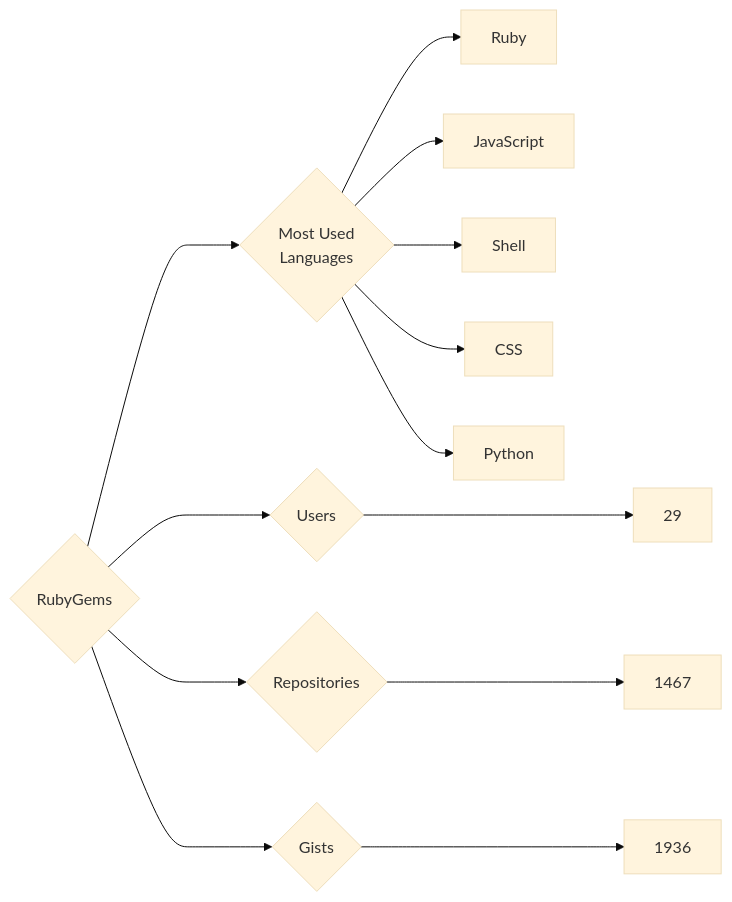
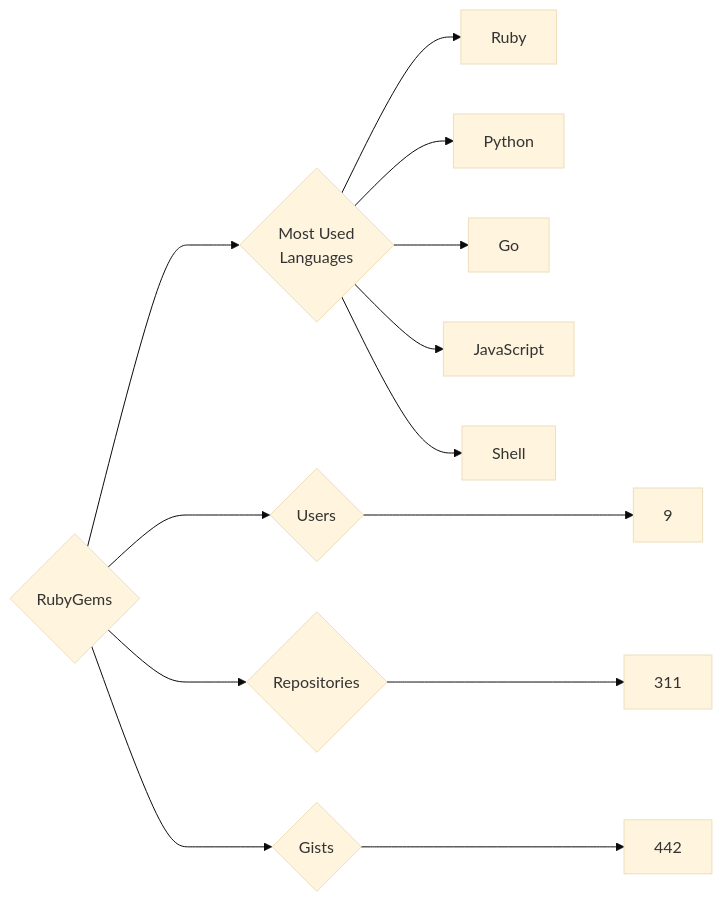
One commit to trickest/insiders changed the diagram in targets/RubyGems/README.md. Above: the diagram before and after it, drawn with Mermaid (base theme). The commit also changed 787 other files, not shown here.

````diff
--- a/targets/RubyGems/README.md
+++ b/targets/RubyGems/README.md
@@ -3,13 +3,13 @@
 ```mermaid
 graph LR
 COMPANY_NAME{RubyGems}
-COMPANY_NAME ---> U{Users} ---> UN[29]
-COMPANY_NAME ---> R{Repositories} ---> RN[1467]
-COMPANY_NAME ---> G{Gists} ---> GN[1936]
+COMPANY_NAME ---> U{Users} ---> UN[9]
+COMPANY_NAME ---> R{Repositories} ---> RN[311]
+COMPANY_NAME ---> G{Gists} ---> GN[442]
 COMPANY_NAME ---> ML{Most Used<br>Languages}
 ML --> Ruby[Ruby]
+ML --> Python[Python]
+ML --> Go[Go]
 ML --> JavaScript[JavaScript]
 ML --> Shell[Shell]
-ML --> CSS[CSS]
-ML --> Python[Python]
 ```
````
